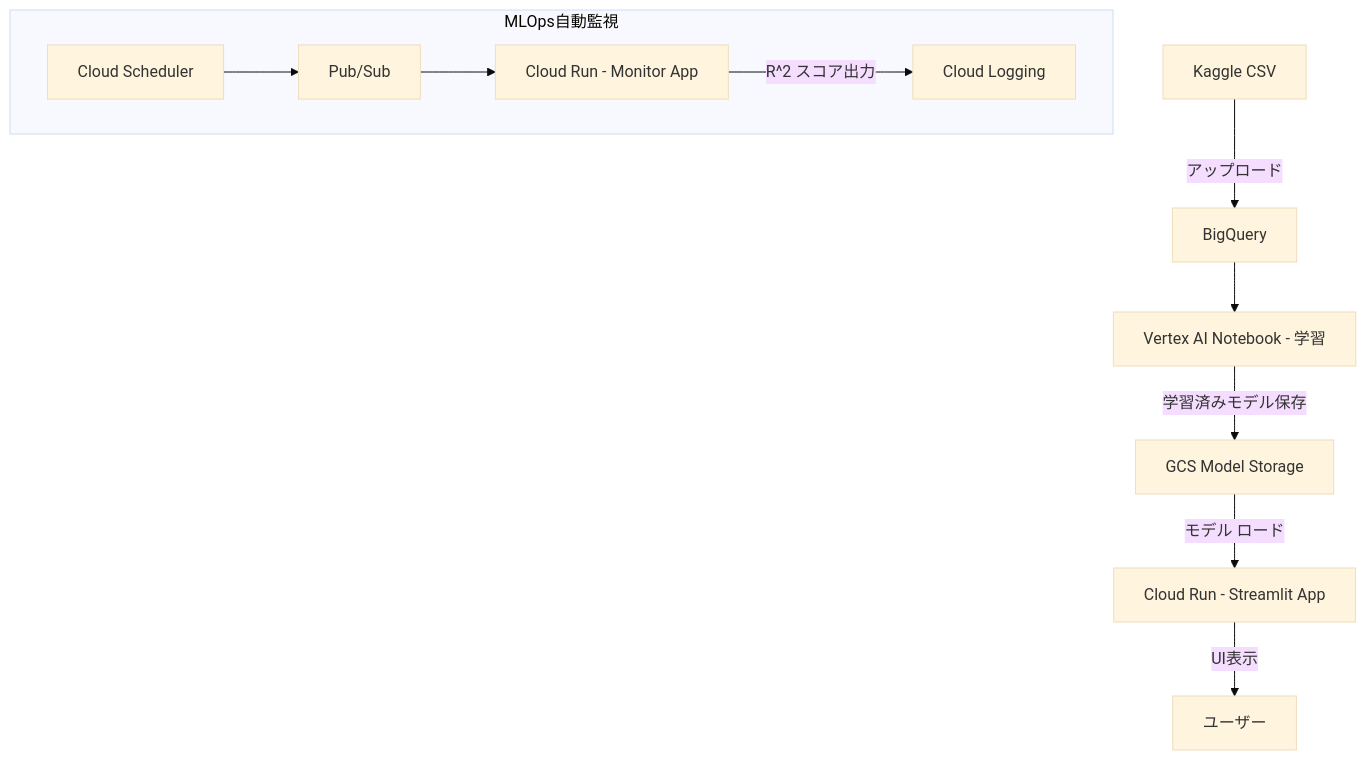
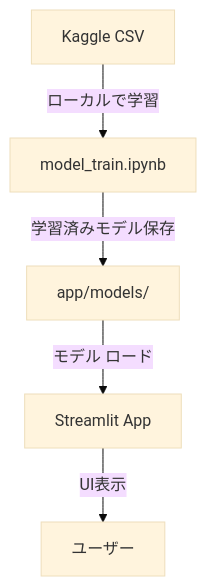
Before and after one commit to DeDe1397/students-math-predictor-cloud-run: the diagram in README.md, drawn with Mermaid (base theme). The commit also changed other lines of this file and 13 other files, not shown here.

First line of the commit message:
Remove GCP dependency, run fully on Streamlit with local models

````diff
--- a/README.md
+++ b/README.md
@@ -25,14 +16,7 @@
 ```mermaid
 flowchart TD
-    A[Kaggle CSV] -->|アップロード| B[BigQuery]
-    B --> C[Vertex AI Notebook - 学習]
-    C -->|学習済みモデル保存| D[GCS Model Storage]
-    D -->|モデル ロード| E[Cloud Run - Streamlit App]
-    E -->|UI表示| F[ユーザー]
-
-    subgraph MLOps自動監視
-        G[Cloud Scheduler] --> H[Pub/Sub]
-        H --> I[Cloud Run - Monitor App]
-        I -->|R^2 スコア出力| J[Cloud Logging]
-    end
+    A[Kaggle CSV] -->|ローカルで学習| B[model_train.ipynb]
+    B -->|学習済みモデル保存| C[app/models/]
+    C -->|モデル ロード| D[Streamlit App]
+    D -->|UI表示| E[ユーザー]
 ```
````
